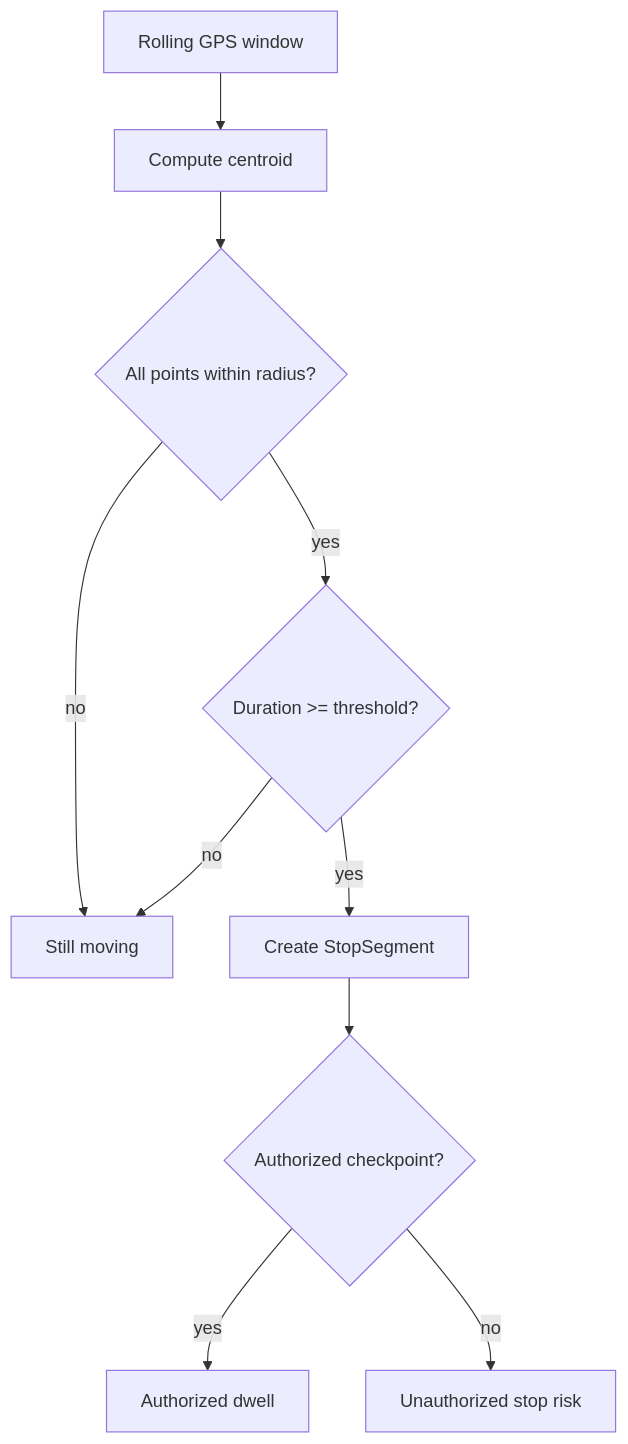
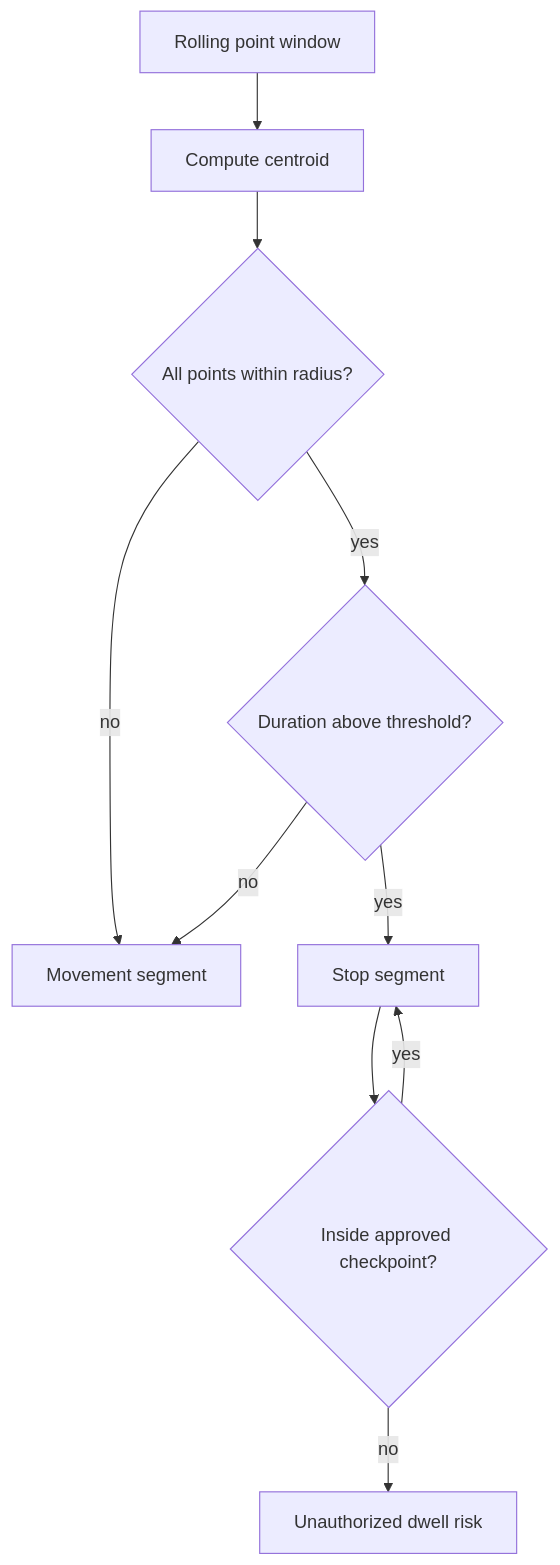
Before and after one commit to roshaninfordham/monad-sentinel: the fifth of 9 diagrams in docs/algorithms.md, drawn with Mermaid. The commit also changed other lines of this file and 22 other files, not shown here.

Commit message:
docs: refresh architecture docs and screenshots

````diff
--- a/docs/algorithms.md
+++ b/docs/algorithms.md
@@ -109,12 +150,20 @@
 ```mermaid
 flowchart TB
-  Window[Rolling GPS window] --> Centroid[Compute centroid]
-  Centroid --> Radius{All points within radius?}
-  Radius -->|no| Moving[Still moving]
-  Radius -->|yes| Dwell{Duration >= threshold?}
-  Dwell -->|no| Moving
-  Dwell -->|yes| Stop[Create StopSegment]
-  Stop --> Auth{Authorized checkpoint?}
-  Auth -->|yes| Normal[Authorized dwell]
-  Auth -->|no| Alert[Unauthorized stop risk]
+  Window[Rolling point window]
+  Centroid[Compute centroid]
+  Radius{All points within radius?}
+  Duration{Duration above threshold?}
+  Authorized{Inside approved checkpoint?}
+  Moving[Movement segment]
+  Stop[Stop segment]
+  Alert[Unauthorized dwell risk]
+
+  Window --> Centroid --> Radius
+  Radius -->|no| Moving
+  Radius -->|yes| Duration
+  Duration -->|no| Moving
+  Duration -->|yes| Stop
+  Stop --> Authorized
+  Authorized -->|yes| Stop
+  Authorized -->|no| Alert
 ```
````
